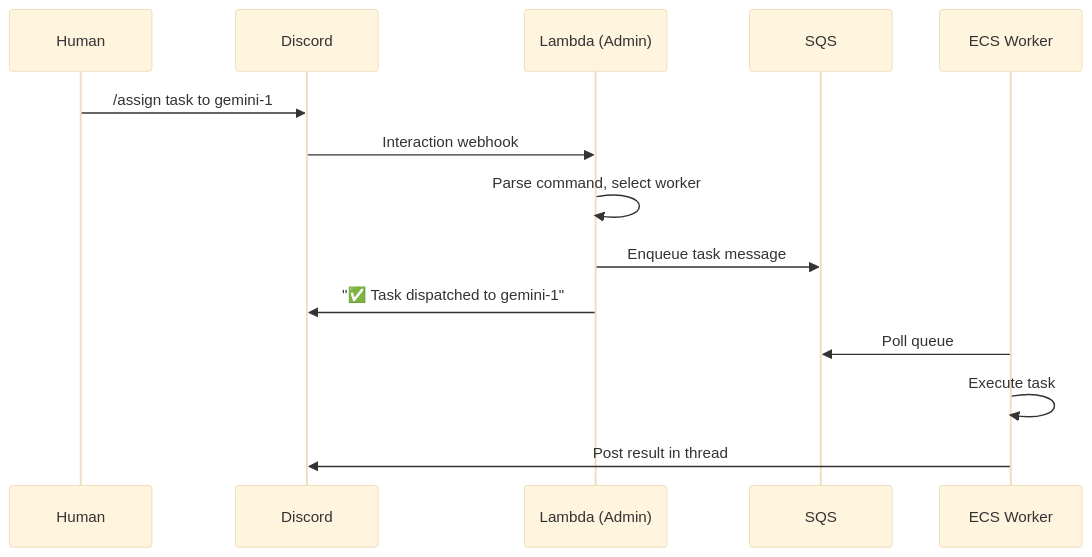
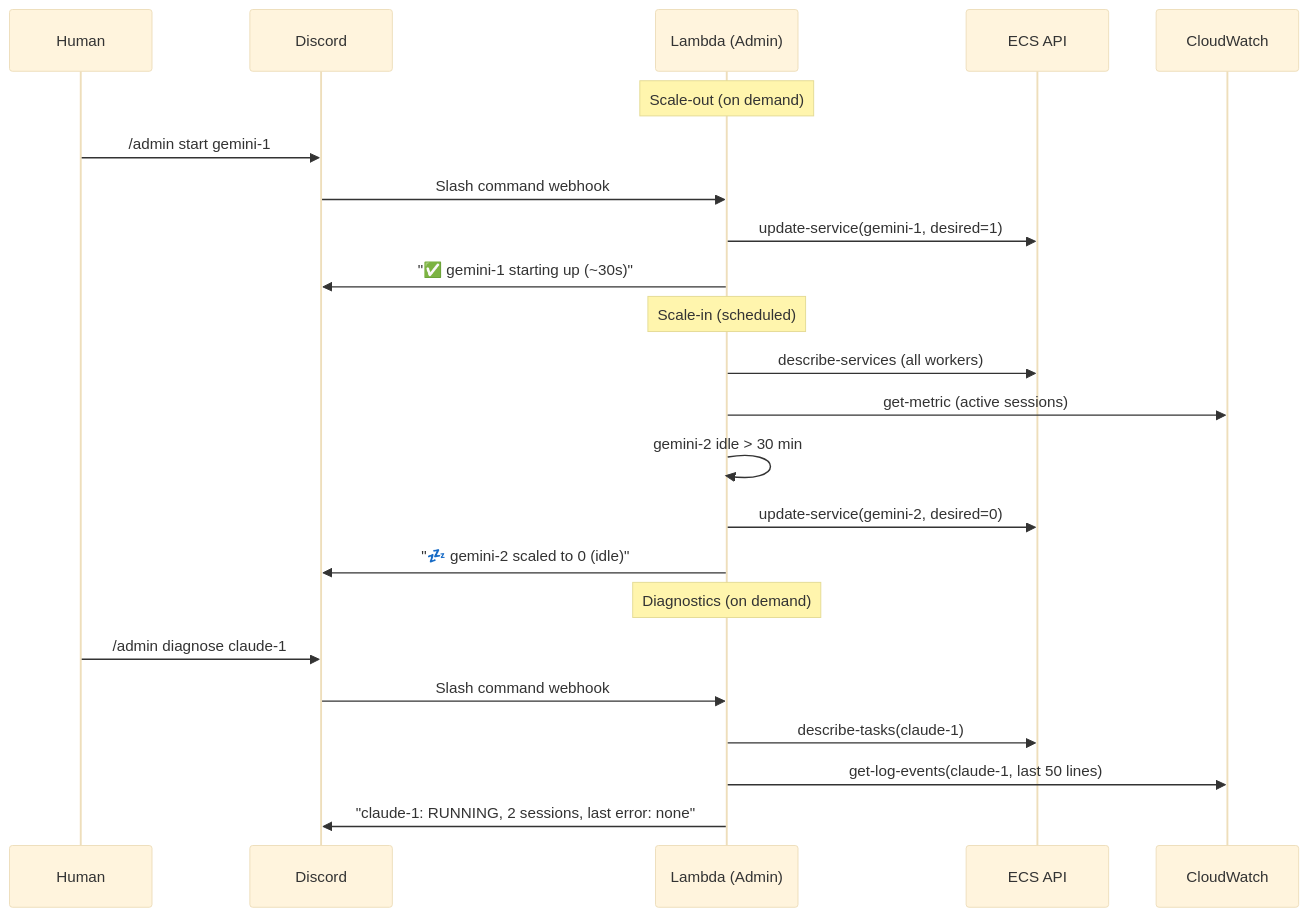
One commit to juntinyeh-worker/agent-outbound changed the sixth of 6 diagrams in openab-ecs-lambda-architecture.md. Above: the diagram before and after it, drawn with Mermaid (base theme). The commit also changed other lines of this file, not shown here.

First line of the commit message:
task: fix ECS+Lambda architecture — Admin is control plane only

````diff
--- a/openab-ecs-lambda-architecture.md
+++ b/openab-ecs-lambda-architecture.md
@@ -246,17 +263,28 @@
 ```mermaid
 sequenceDiagram
     participant Human
     participant Discord
     participant Lambda as Lambda (Admin)
-    participant SQS
-    participant Worker as ECS Worker
+    participant ECS as ECS API
+    participant CW as CloudWatch
 
-    Human->>Discord: /assign task to gemini-1
-    Discord->>Lambda: Interaction webhook
-    Lambda->>Lambda: Parse command, select worker
-    Lambda->>SQS: Enqueue task message
-    Lambda->>Discord: "✅ Task dispatched to gemini-1"
-    Worker->>SQS: Poll queue
-    Worker->>Worker: Execute task
-    Worker->>Discord: Post result in thread
+    Note over Lambda: Scale-out (on demand)
+    Human->>Discord: /admin start gemini-1
+    Discord->>Lambda: Slash command webhook
+    Lambda->>ECS: update-service(gemini-1, desired=1)
+    Lambda->>Discord: "✅ gemini-1 starting up (~30s)"
+
+    Note over Lambda: Scale-in (scheduled)
+    Lambda->>ECS: describe-services (all workers)
+    Lambda->>CW: get-metric (active sessions)
+    Lambda->>Lambda: gemini-2 idle > 30 min
+    Lambda->>ECS: update-service(gemini-2, desired=0)
+    Lambda->>Discord: "💤 gemini-2 scaled to 0 (idle)"
+
+    Note over Lambda: Diagnostics (on demand)
+    Human->>Discord: /admin diagnose claude-1
+    Discord->>Lambda: Slash command webhook
+    Lambda->>ECS: describe-tasks(claude-1)
+    Lambda->>CW: get-log-events(claude-1, last 50 lines)
+    Lambda->>Discord: "claude-1: RUNNING, 2 sessions, last error: none"
 ```
````
